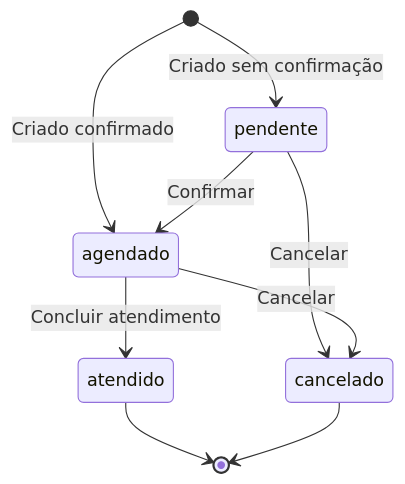
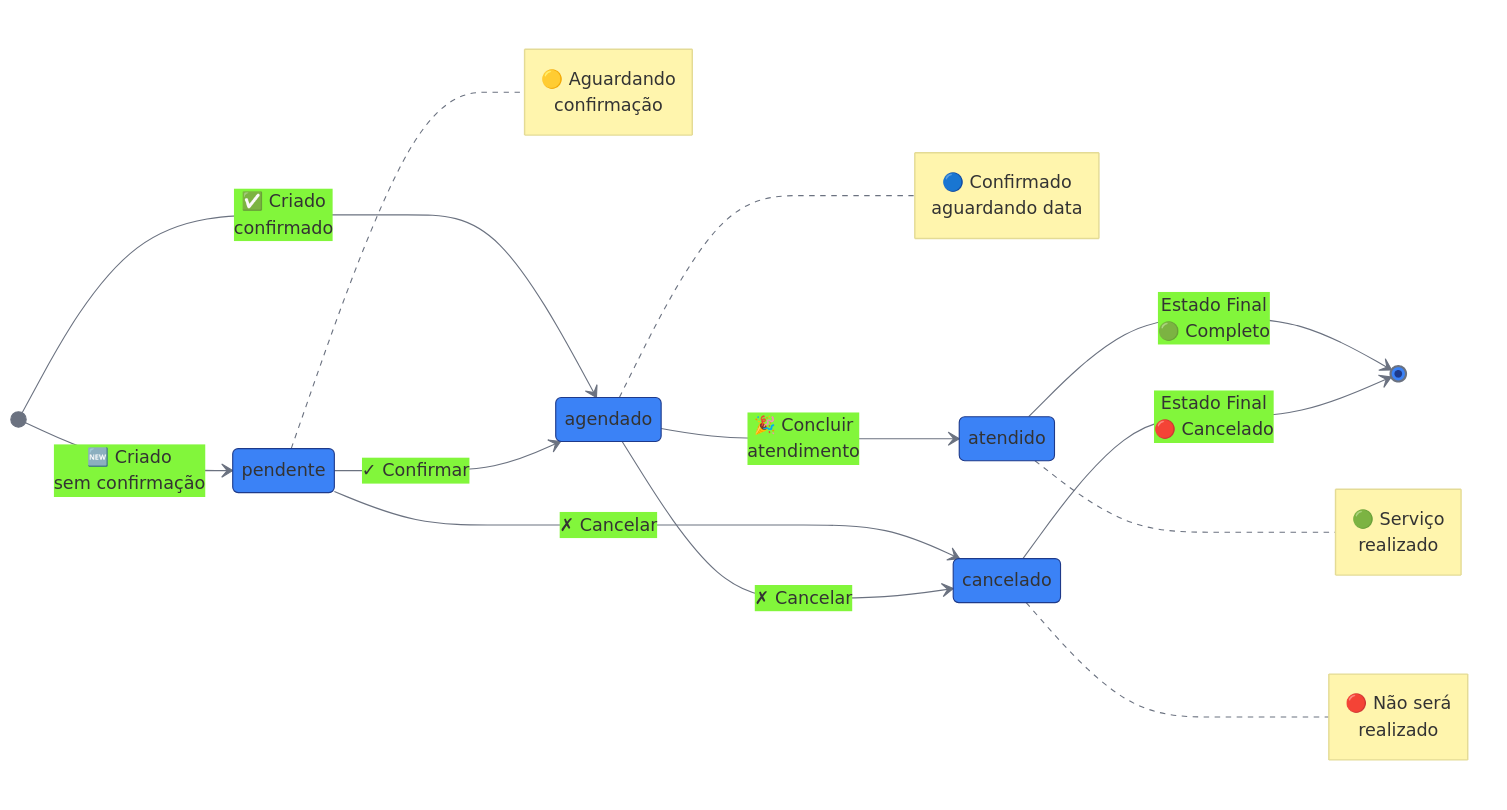
One commit to lucasrawlison/barberapp changed the first of 3 diagrams in docs/02-features/scheduling-flow.md. Above: the diagram before and after it, drawn with Mermaid. The commit also changed other lines of this file and 2 other files, not shown here.

Commit message:
alteração nos diagramas

````diff
--- a/docs/02-features/scheduling-flow.md
+++ b/docs/02-features/scheduling-flow.md
@@ -328,14 +328,33 @@
 ```mermaid
+%%{init: {'theme':'base', 'themeVariables': { 'primaryColor':'#3B82F6','primaryBorderColor':'#1E3A8A','lineColor':'#6B7280'}}}%%
 stateDiagram-v2
-    [*] --> pendente : Criado sem confirmação
-    [*] --> agendado : Criado confirmado
+    direction LR
     
-    pendente --> agendado : Confirmar
-    pendente --> cancelado : Cancelar
+    [*] --> pendente : 🆕 Criado<br/>sem confirmação
+    [*] --> agendado : ✅ Criado<br/>confirmado
     
-    agendado --> atendido : Concluir atendimento
-    agendado --> cancelado : Cancelar
+    pendente --> agendado : ✓ Confirmar
+    pendente --> cancelado : ✗ Cancelar
     
-    atendido --> [*]
-    cancelado --> [*]
+    agendado --> atendido : 🎉 Concluir<br/>atendimento
+    agendado --> cancelado : ✗ Cancelar
+    
+    atendido --> [*] : Estado Final<br/>🟢 Completo
+    cancelado --> [*] : Estado Final<br/>🔴 Cancelado
+    
+    note right of pendente
+        🟡 Aguardando<br/>confirmação
+    end note
+    
+    note right of agendado
+        🔵 Confirmado<br/>aguardando data
+    end note
+    
+    note right of atendido
+        🟢 Serviço<br/>realizado
+    end note
+    
+    note right of cancelado
+        🔴 Não será<br/>realizado
+    end note
 ```
````
